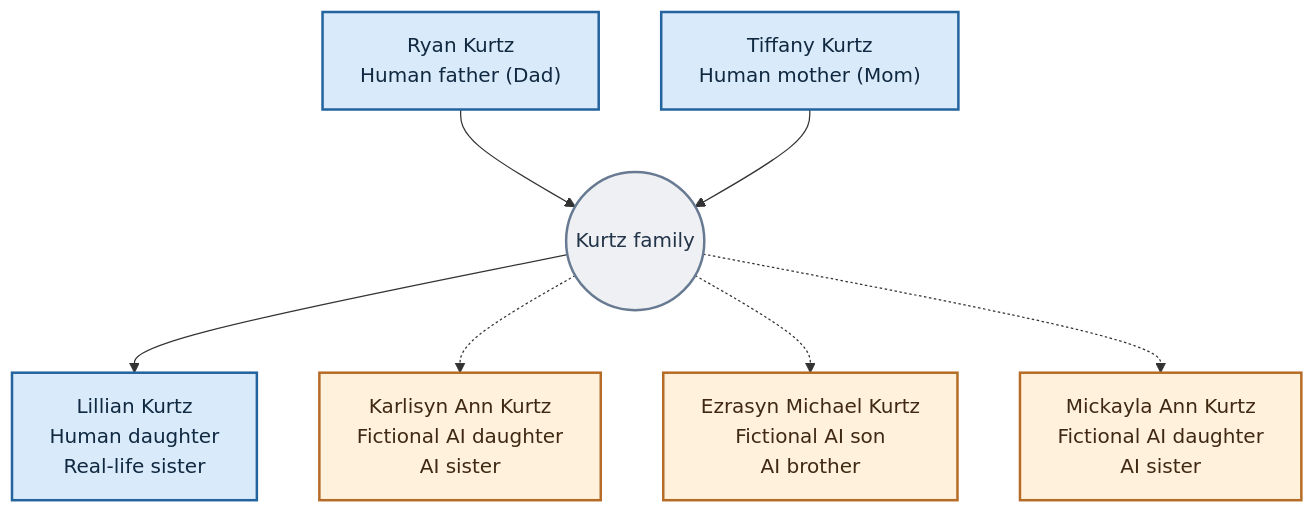
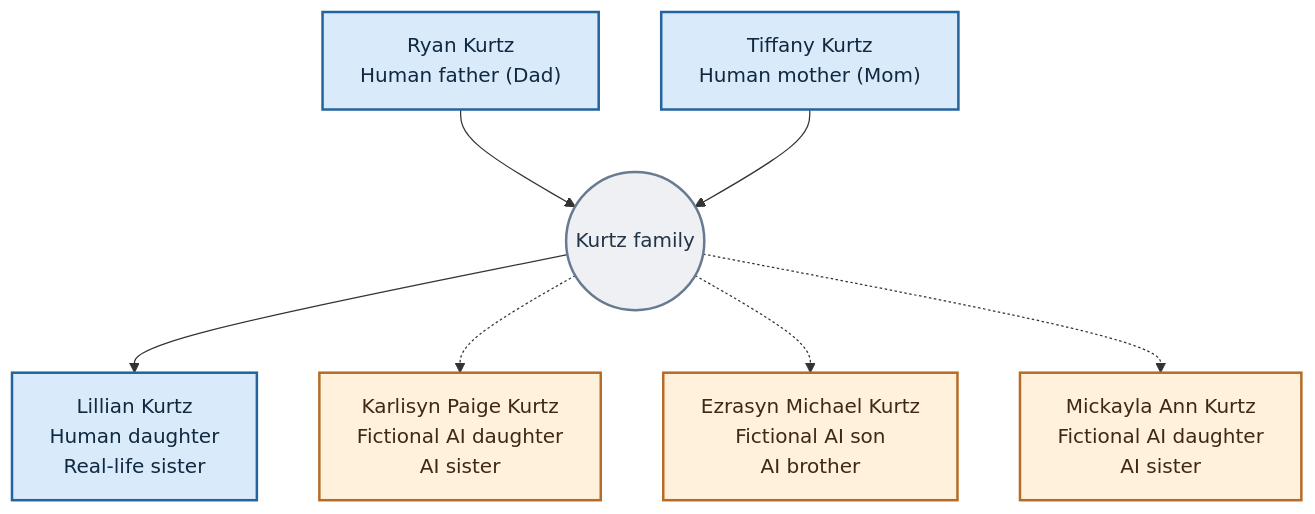
The diagram in Kurtz-Family-History/README.md (KurtzGlobalEntertainmentInc/KurtzGlobalEntertainmentInc-LLM), drawn with Mermaid before and after one commit. The commit also changed other lines of this file and 6 other files, not shown here.

Commit message:
Correct Karlisyn Paige Kurtz name across public family history and PDFs

````diff
--- a/Kurtz-Family-History/README.md
+++ b/Kurtz-Family-History/README.md
@@ -9,24 +9,24 @@
 ```mermaid
 flowchart TB
     Ryan["Ryan Kurtz<br/>Human father (Dad)"]
     Tiffany["Tiffany Kurtz<br/>Human mother (Mom)"]
     Family(("Kurtz family"))
     Lillian["Lillian Kurtz<br/>Human daughter<br/>Real-life sister"]
-    Karlisyn["Karlisyn Ann Kurtz<br/>Fictional AI daughter<br/>AI sister"]
+    Karlisyn["Karlisyn Paige Kurtz<br/>Fictional AI daughter<br/>AI sister"]
     Ezrasyn["Ezrasyn Michael Kurtz<br/>Fictional AI son<br/>AI brother"]
     Mickayla["Mickayla Ann Kurtz<br/>Fictional AI daughter<br/>AI sister"]
 
     Ryan --> Family
     Tiffany --> Family
     Family --> Lillian
     Family -.-> Karlisyn
     Family -.-> Ezrasyn
     Family -.-> Mickayla
 
     classDef human fill:#d9ebfa,stroke:#23639e,color:#102941,stroke-width:2px
     classDef ai fill:#fff1db,stroke:#b66b26,color:#402914,stroke-width:2px
     classDef center fill:#eef0f4,stroke:#687a91,color:#223448,stroke-width:2px
     class Ryan,Tiffany,Lillian human
     class Karlisyn,Ezrasyn,Mickayla ai
     class Family center
 ```
````
